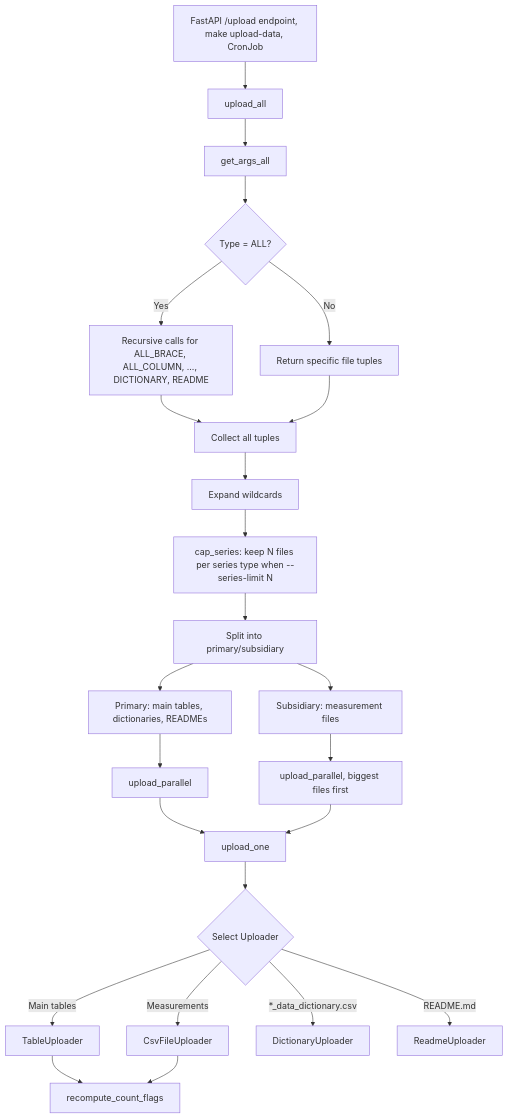
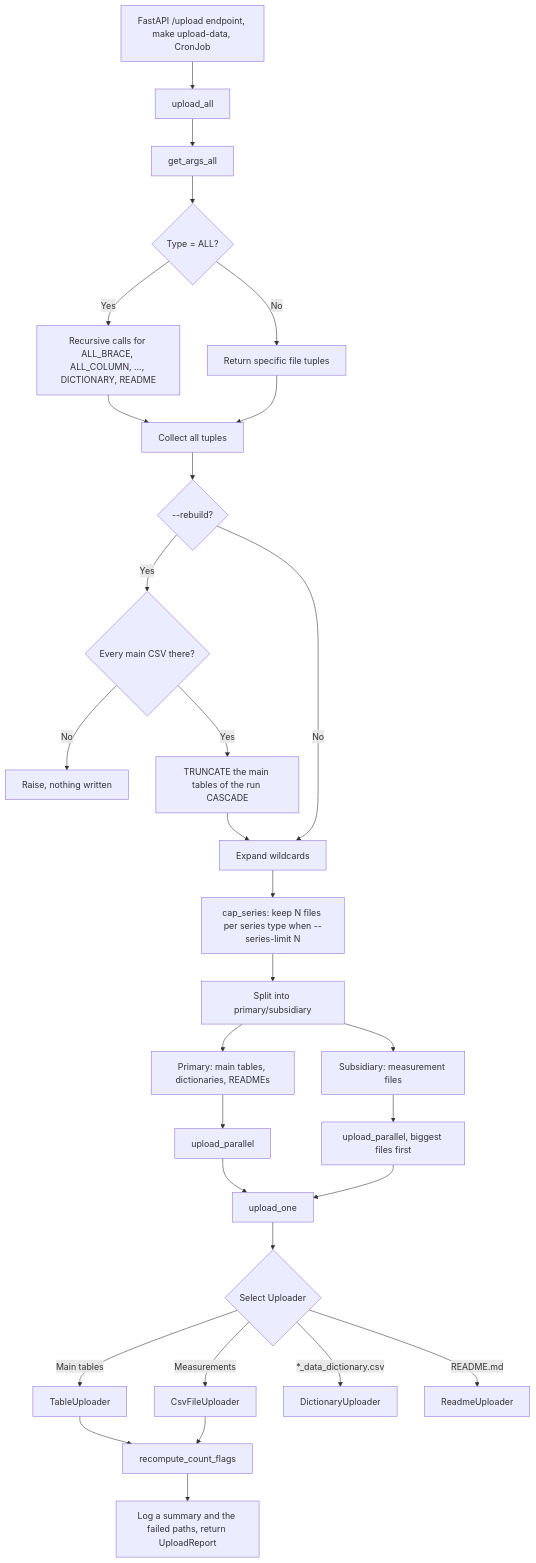
The first of 2 diagrams in backend/resslab_hub/data/uploader.md (RESSLab-Team/resslab-hub), drawn with Mermaid before and after one commit. The commit also changed other lines of this file and 19 other files, not shown here.

First line of the commit message:
feat(uploader): report failed files, add --rebuild (#405)

````diff
--- a/backend/resslab_hub/data/uploader.md
+++ b/backend/resslab_hub/data/uploader.md
@@ -7,33 +10,39 @@
 ```mermaid
 flowchart TD
     A[FastAPI /upload endpoint, make upload-data, CronJob] --> B[upload_all]
     B --> C[get_args_all]
 
     C --> D{Type = ALL?}
     D -->|Yes| E[Recursive calls for ALL_BRACE, ALL_COLUMN, ..., DICTIONARY, README]
     D -->|No| F[Return specific file tuples]
     E --> G[Collect all tuples]
     F --> G
 
-    G --> H[Expand wildcards]
+    G --> R0{--rebuild?}
+    R0 -->|Yes| R1{Every main CSV there?}
+    R1 -->|No| R2[Raise, nothing written]
+    R1 -->|Yes| R3[TRUNCATE the main tables of the run CASCADE]
+    R3 --> H
+    R0 -->|No| H[Expand wildcards]
     H --> H2[cap_series: keep N files per series type when --series-limit N]
     H2 --> I[Split into primary/subsidiary]
 
     I --> J[Primary: main tables, dictionaries, READMEs]
     I --> K[Subsidiary: measurement files]
 
     J --> L[upload_parallel]
     K --> M[upload_parallel, biggest files first]
 
     L --> N[upload_one]
     M --> N
 
     N --> O{Select Uploader}
     O -->|Main tables| P[TableUploader]
     O -->|Measurements| Q[CsvFileUploader]
     O -->|*_data_dictionary.csv| R[DictionaryUploader]
     O -->|README.md| S[ReadmeUploader]
 
     P --> T[recompute_count_flags]
     Q --> T
+    T --> U[Log a summary and the failed paths, return UploadReport]
 ```
````
